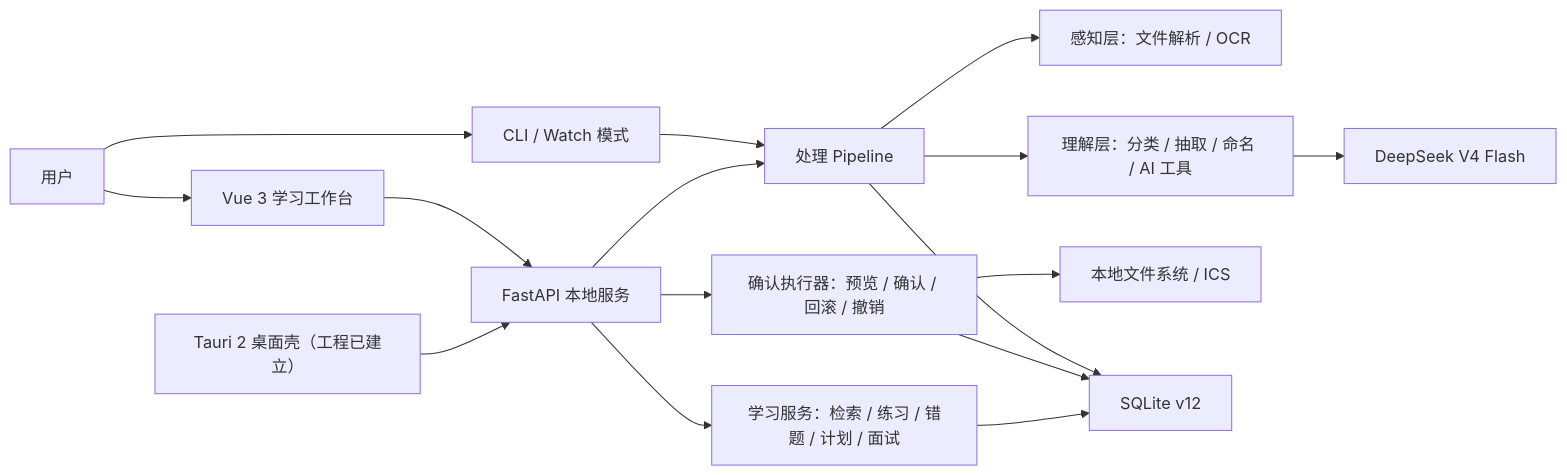
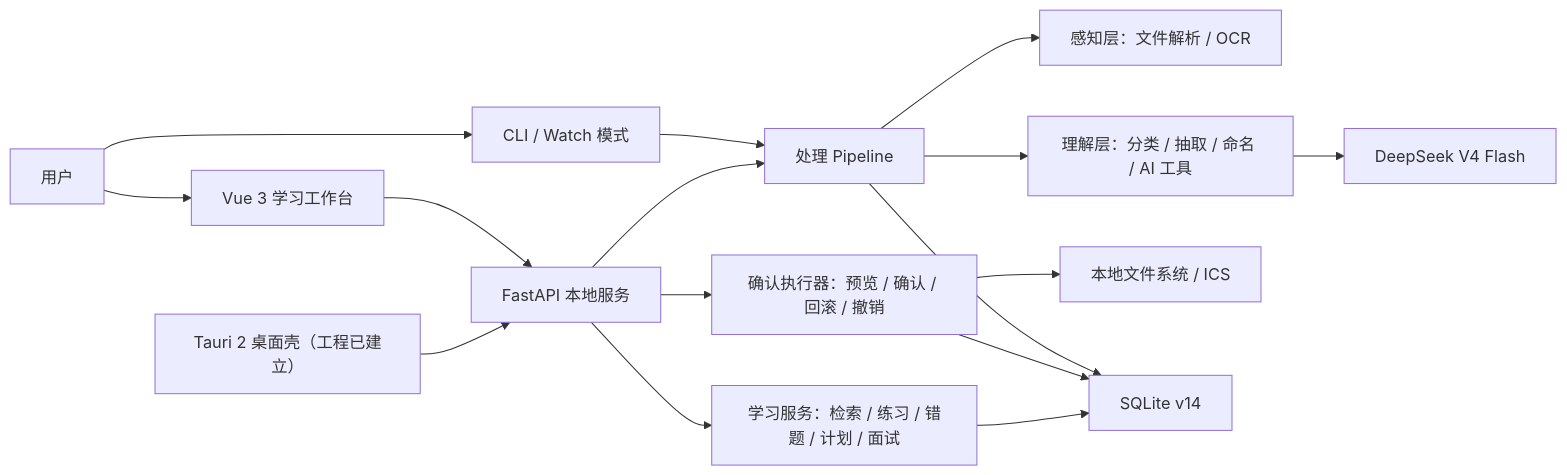
The diagram in README.md (YL617/Filemate), drawn with Mermaid before and after one commit. The commit also changed other lines of this file and 55 other files, not shown here.

````diff
--- a/README.md
+++ b/README.md
@@ -138,18 +140,18 @@
 ```mermaid
 flowchart LR
     U["用户"] --> V["Vue 3 学习工作台"]
     U --> C["CLI / Watch 模式"]
     V --> A["FastAPI 本地服务"]
     T["Tauri 2 桌面壳（工程已建立）"] --> A
     C --> P["处理 Pipeline"]
     A --> P
     P --> R["感知层：文件解析 / OCR"]
     P --> N["理解层：分类 / 抽取 / 命名 / AI 工具"]
     N --> L["DeepSeek V4 Flash"]
     A --> E["确认执行器：预览 / 确认 / 回滚 / 撤销"]
     A --> K["学习服务：检索 / 练习 / 错题 / 计划 / 面试"]
     E --> F["本地文件系统 / ICS"]
-    P --> S["SQLite v12"]
+    P --> S["SQLite v14"]
     E --> S
     K --> S
 ```
````
